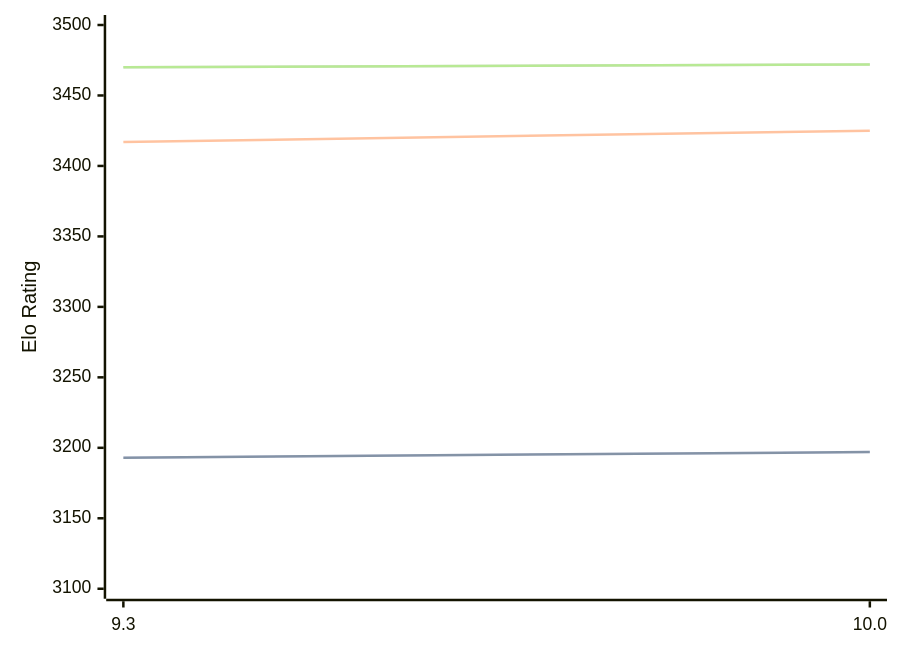
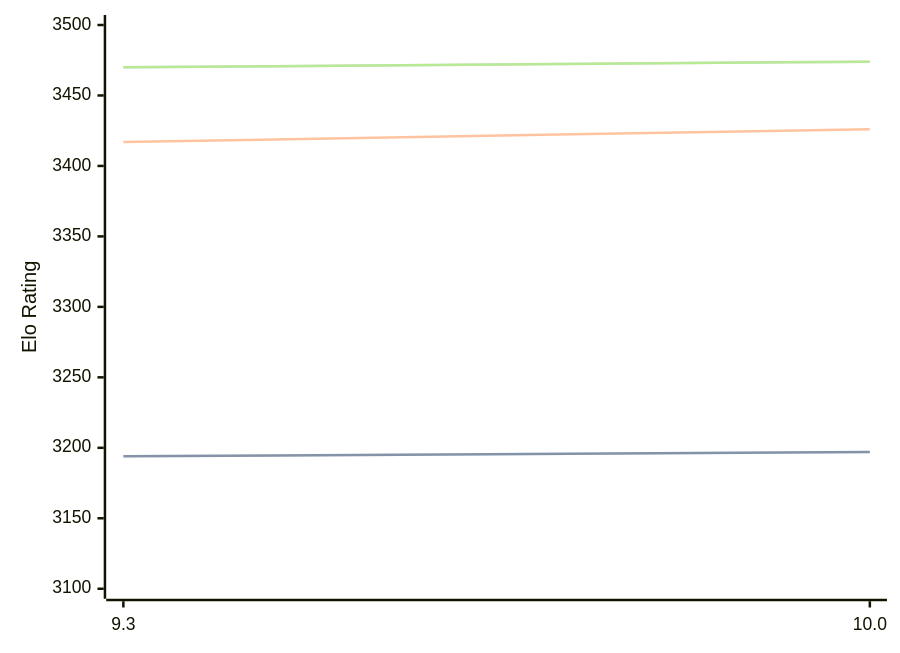
Before and after one commit to computer-chess-index/cci: the diagram in engines/Fire.md, drawn with Mermaid. The commit also changed other lines of this file, not shown here.

Commit message:
Update CCI Ratings (ELO VLTC) - 2026-02-26

````diff
--- a/engines/Fire.md
+++ b/engines/Fire.md
@@ -45,11 +45,11 @@
 ```mermaid
 %%{init: {"theme":"base","themeVariables":{"seriesColors:['#a3a3a3','#222221','#faa371']}}}%%
 xychart-beta
   x-axis ["9.3", "10.0"]
   y-axis "Elo Rating" 3100 --> 3500
-  line "STC (8.0+0.08s)" [3193, 3197]
-  line "STC (8.0+0.08s)" [3193, 3197]
-  line "LTC (60.0+0.60s)" [3417, 3425]
-  line "VLTC (2m24s+1.12s)" [3470, 3472]
-  line "VLTC (2m24s+1.12s)" [3470, 3472]
+  line "STC (8.0+0.08s)" [3194, 3197]
+  line "STC (8.0+0.08s)" [3194, 3197]
+  line "LTC (60.0+0.60s)" [3417, 3426]
+  line "VLTC (2m24s+1.12s)" [3470, 3474]
+  line "VLTC (2m24s+1.12s)" [3470, 3474]
 ```
````
